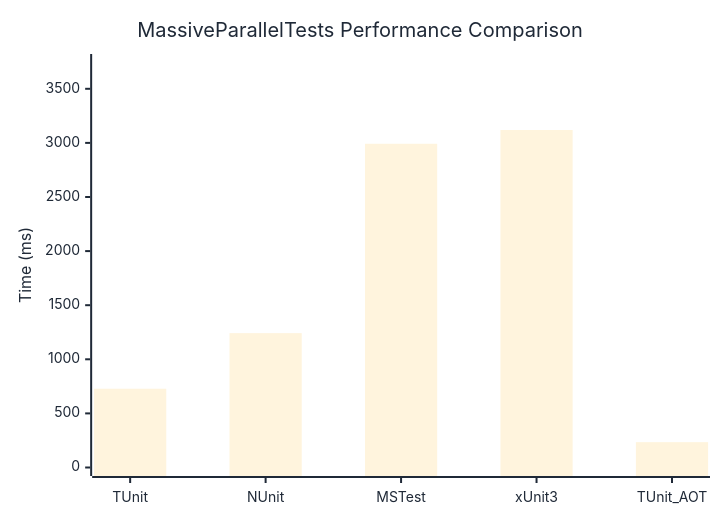
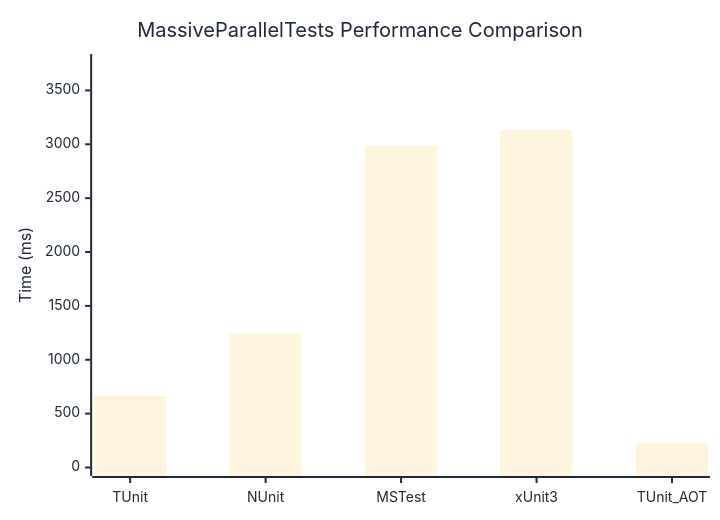
One commit to thomhurst/TUnit changed the diagram in docs/docs/benchmarks/MassiveParallelTests.md. Above: the diagram before and after it, drawn with Mermaid. The commit also changed other lines of this file and 17 other files, not shown here.

````diff
--- a/docs/docs/benchmarks/MassiveParallelTests.md
+++ b/docs/docs/benchmarks/MassiveParallelTests.md
@@ -27,37 +27,37 @@
 ```mermaid
 %%{init: {
   'theme':'base',
   'themeVariables': {
     'primaryColor': '#2563eb',
     'primaryTextColor': '#1f2937',
     'primaryBorderColor': '#1e40af',
     'lineColor': '#6b7280',
     'secondaryColor': '#7c3aed',
     'tertiaryColor': '#dc2626',
     'background': '#ffffff',
     'mainBkg': '#2563eb',
     'secondBkg': '#7c3aed',
     'tertiaryBkg': '#dc2626',
     'clusterBkg': '#f3f4f6',
     'edgeLabelBackground': '#ffffff',
     'tertiaryTextColor': '#1f2937',
     'pie1': '#2563eb',
     'pie2': '#7c3aed',
     'pie3': '#dc2626',
     'pie4': '#f59e0b',
     'pie5': '#10b981',
     'pie6': '#06b6d4',
     'pie7': '#ec4899',
     'pie8': '#6366f1',
     'pie9': '#84cc16',
     'pie10': '#f97316',
     'pie11': '#14b8a6',
     'pie12': '#a855f7'
   }
 }}%%
 xychart-beta
   title "MassiveParallelTests Performance Comparison"
   x-axis ["TUnit", "NUnit", "MSTest", "xUnit3", "TUnit_AOT"]
-  y-axis "Time (ms)" 0 --> 3743
-  bar [728, 1241.7, 2991.9, 3119, 234.1]
+  y-axis "Time (ms)" 0 --> 3759
+  bar [665.9, 1240.1, 2985.7, 3132, 229.7]
 ```
````
